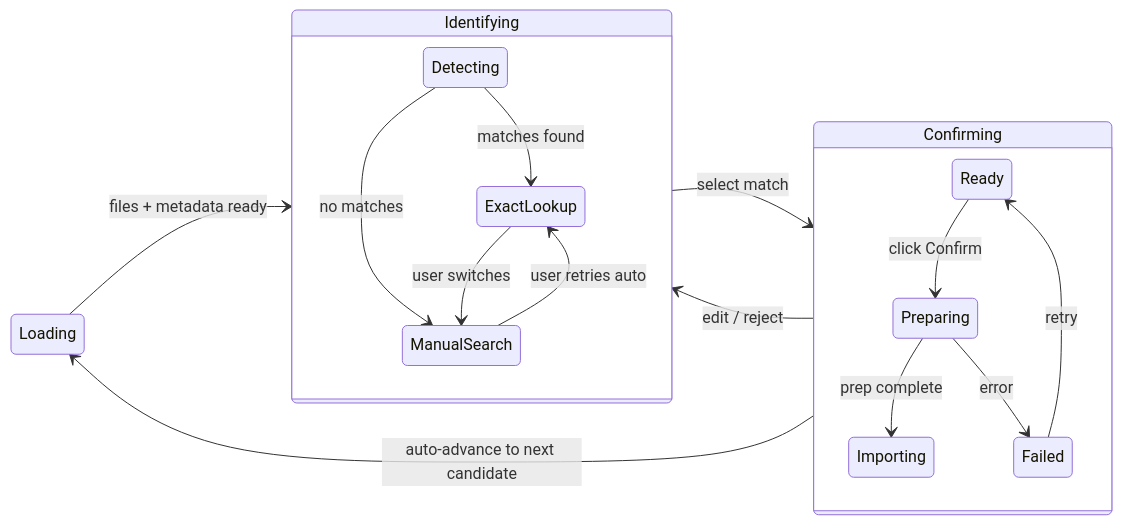
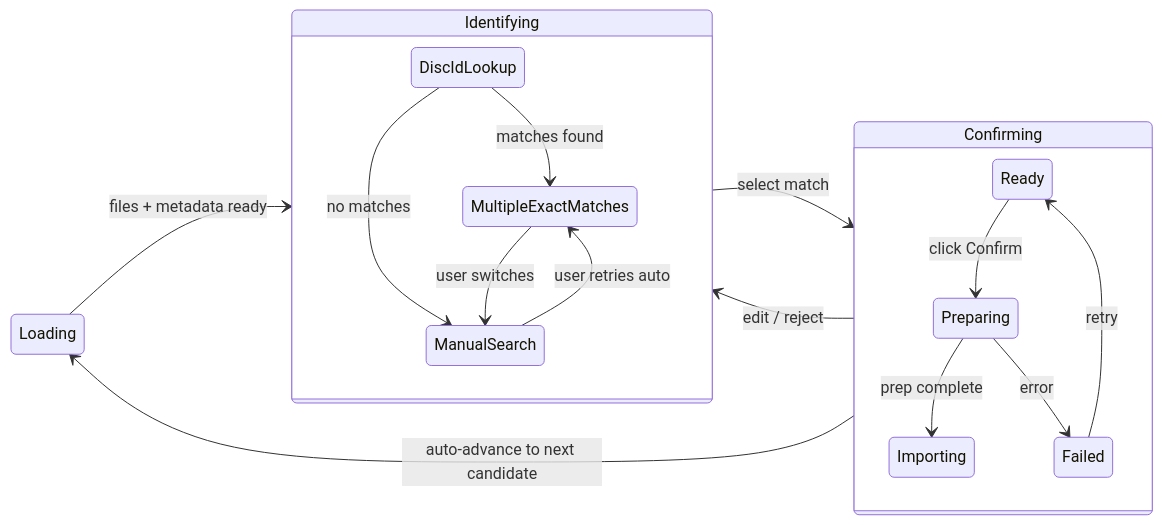
Before and after one commit to bae-fm/bae: the diagram in notes/import-state-machine.md, drawn with Mermaid. The commit also changed other lines of this file and 2 other files, not shown here.

````diff
--- a/notes/import-state-machine.md
+++ b/notes/import-state-machine.md
@@ -3,29 +3,29 @@
 ```mermaid
 stateDiagram-v2
     direction LR
     
     state "Loading" as Load
     state "Identifying" as Ident
     state "Confirming" as Conf
     
     Load --> Ident: files + metadata ready
     
     state Ident {
-        Detecting --> ExactLookup: matches found
-        Detecting --> ManualSearch: no matches
-        ExactLookup --> ManualSearch: user switches
-        ManualSearch --> ExactLookup: user retries auto
+        DiscIdLookup --> MultipleExactMatches: matches found
+        DiscIdLookup --> ManualSearch: no matches
+        MultipleExactMatches --> ManualSearch: user switches
+        ManualSearch --> MultipleExactMatches: user retries auto
     }
     
     Ident --> Conf: select match
     Conf --> Ident: edit / reject
     
     state Conf {
         Ready --> Preparing: click Confirm
         Preparing --> Importing: prep complete
         Preparing --> Failed: error
         Failed --> Ready: retry
     }
     
     Conf --> Load: auto-advance to next candidate
 ```
````
